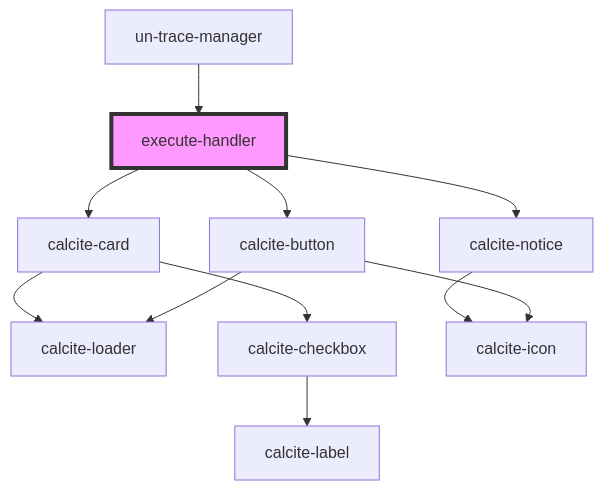
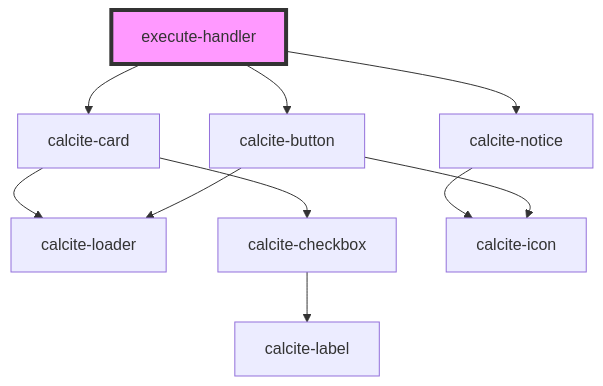
The diagram in un-web-component/src/components/un-trace-manager/execute-handler/readme.md (epekcan/solutions-widget-utility-network-trace), drawn with Mermaid before and after one commit. The commit also changed other lines of this file and 8 other files, not shown here.

````diff
--- a/un-web-component/src/components/un-trace-manager/execute-handler/readme.md
+++ b/un-web-component/src/components/un-trace-manager/execute-handler/readme.md
@@ -21,14 +17,13 @@
 ```mermaid
 graph TD;
   execute-handler --> calcite-card
   execute-handler --> calcite-notice
   execute-handler --> calcite-button
   calcite-card --> calcite-loader
   calcite-card --> calcite-checkbox
   calcite-checkbox --> calcite-label
   calcite-notice --> calcite-icon
   calcite-button --> calcite-loader
   calcite-button --> calcite-icon
-  un-trace-manager --> execute-handler
   style execute-handler fill:#f9f,stroke:#333,stroke-width:4px
 ```
````
